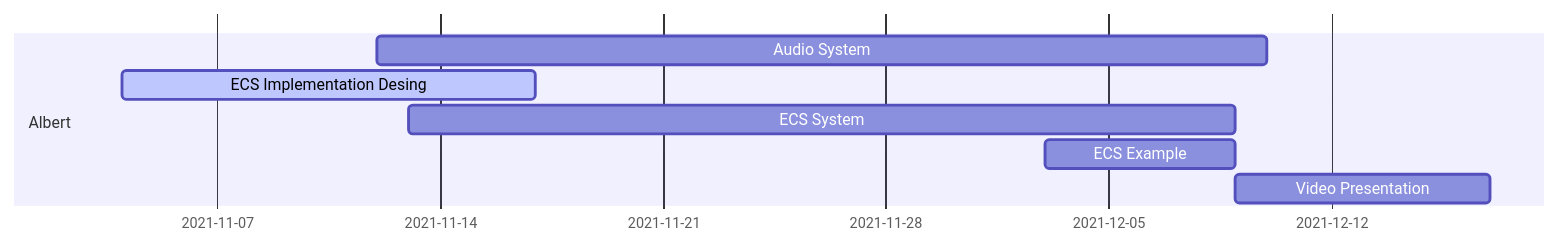
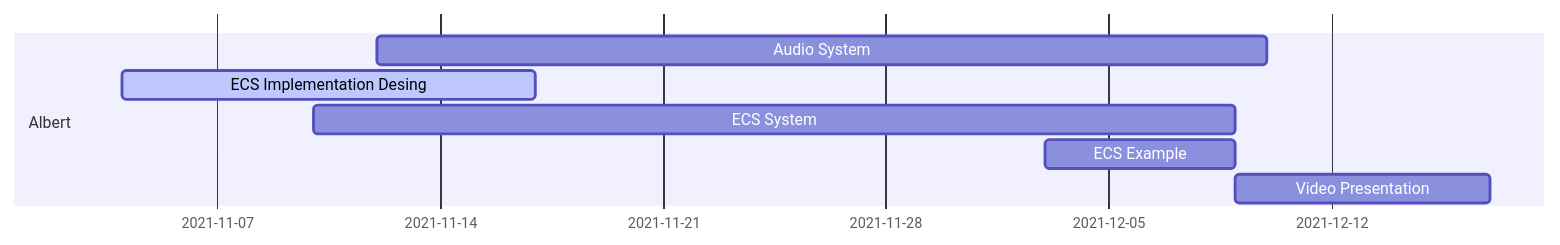
The third of 8 diagrams in docs/ProjectPlan.md (IlkkaTakala/Eril-Engine), drawn with Mermaid before and after one commit. The commit also changed other lines of this file, not shown here.

Commit message:
Changed timelines, added new member

````diff
--- a/docs/ProjectPlan.md
+++ b/docs/ProjectPlan.md
@@ -75,11 +76,11 @@
 ```mermaid
 gantt
 dateFormat  DD-MM
 
 section Albert
 Audio System            :         ades1, 12-11, 28d
 ECS Implementation Desing:active, ades2, 04-11, 13d
-ECS System              :         ades3, 13-11, 09-12
+ECS System              :         ades3, 10-11, 09-12
 ECS Example             :         ades4, 03-12, 09-12
 Video Presentation      :         ades5, 09-12, 17-12
 ```
````
